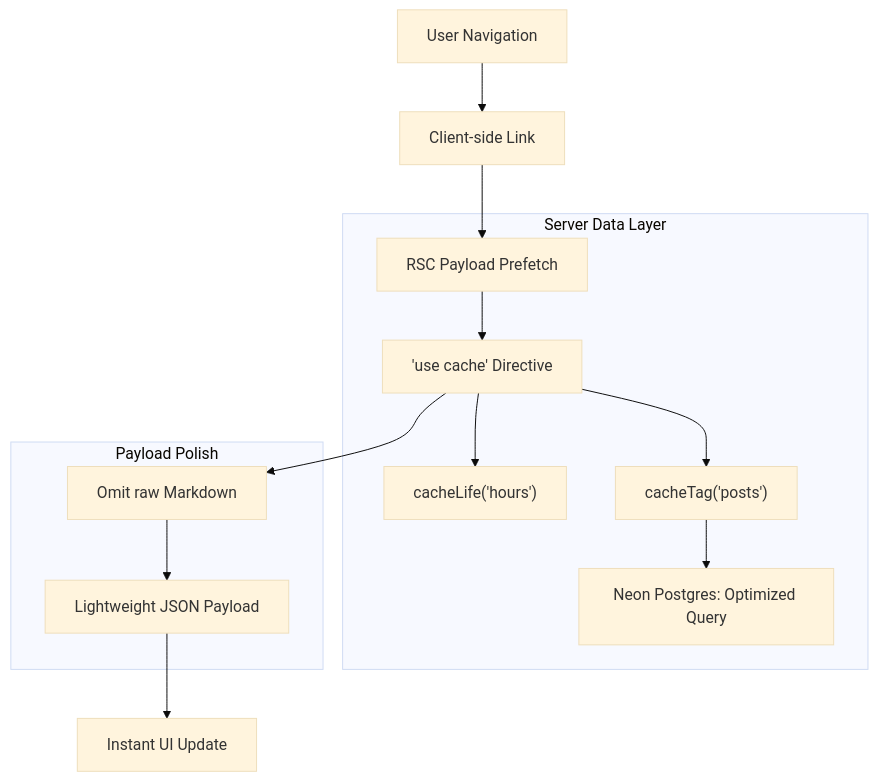
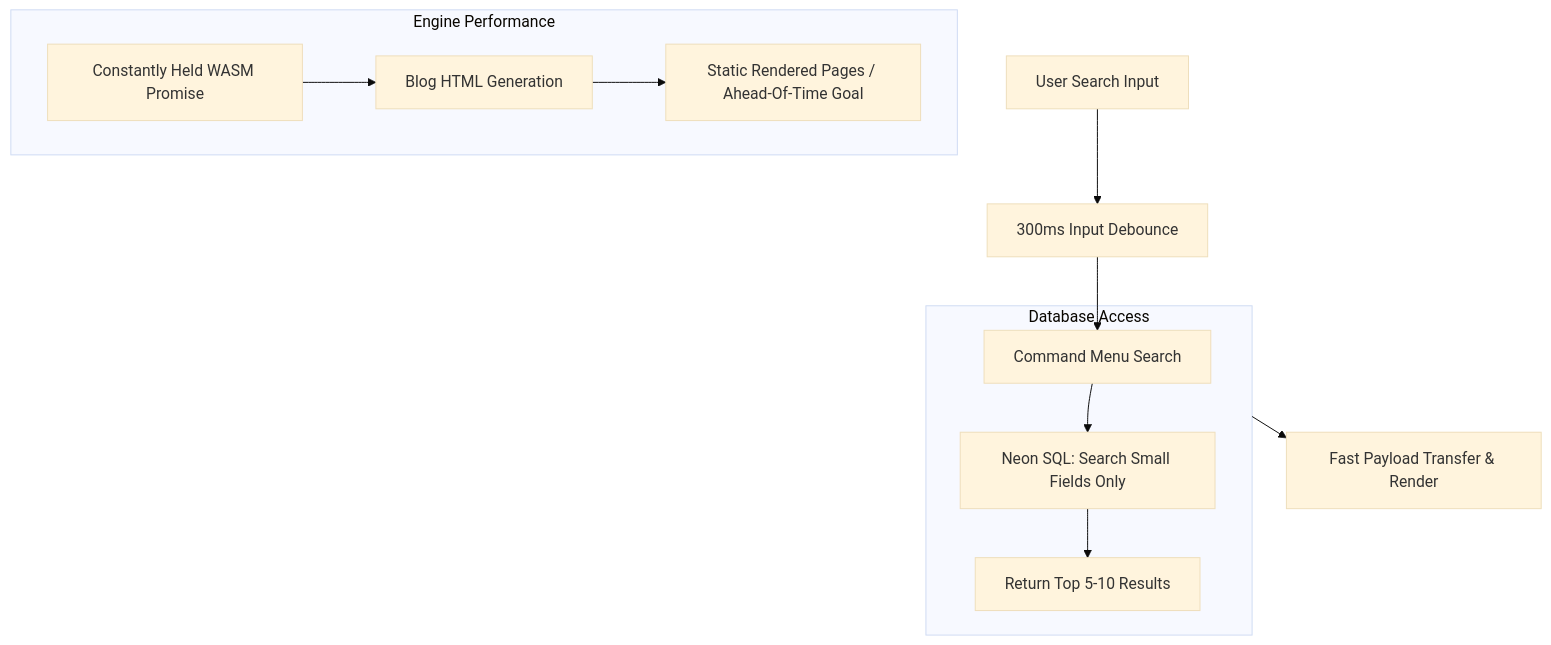
One commit to xiepixie/sparkle-codes changed the diagram in DOCS/caching_mechanism.md. Above: the diagram before and after it, drawn with Mermaid (base theme). The commit also changed other lines of this file and 29 other files, not shown here.

Commit message:
refactor: optimize blog search with in-memory caching, update post status logic, and bump core dependencies

````diff
--- a/DOCS/caching_mechanism.md
+++ b/DOCS/caching_mechanism.md
@@ -9,19 +7,17 @@
 ```mermaid
 graph TD
-    User[User Navigation] --> Client[Client-side Link]
-    Client --> RSC[RSC Payload Prefetch]
+    User[User Search Input] --> Debounce[300ms Input Debounce]
+    Debounce --> SearchAPI[Command Menu Search]
     
-    subgraph Cache_Components_Layer [Server Data Layer]
-        RSC --> Directive["'use cache' Directive"]
-        Directive --> Lifecycle["cacheLife('hours')"]
-        Directive --> Tagging["cacheTag('posts')"]
-        Tagging --> DB[Neon Postgres: Optimized Query]
+    subgraph Data_Layer [Database Access]
+        SearchAPI --> SQL[Neon SQL: Search Small Fields Only]
+        SQL --> Limit[Return Top 5-10 Results]
     end
     
-    subgraph Optimization_Steps [Payload Polish]
-        Directive --> Strip[Omit raw Markdown]
-        Strip --> FinalJSON[Lightweight JSON Payload]
+    Data_Layer --> UIRender[Fast Payload Transfer & Render]
+    
+    subgraph Render_Optimization [Engine Performance]
+        Shiki[Constantly Held WASM Promise] --> ServerRender[Blog HTML Generation]
+        ServerRender --> SSGCache[Static Rendered Pages / Ahead-Of-Time Goal]
     end
-    
-    FinalJSON --> UI[Instant UI Update]
 ```
````
